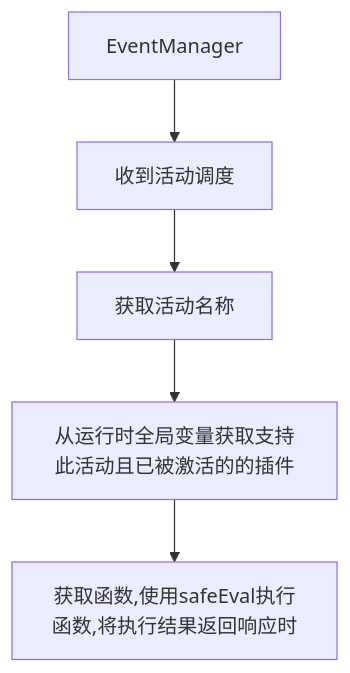
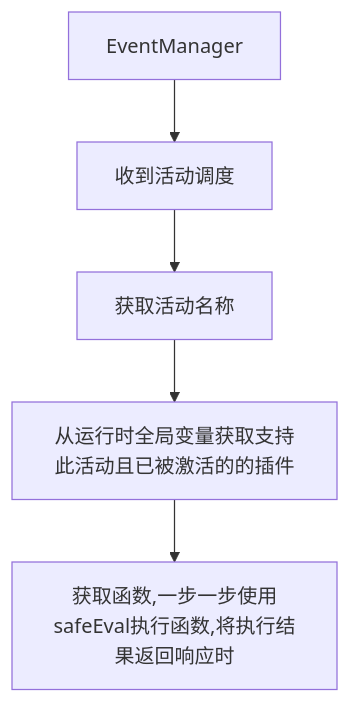
Before and after one commit to mogland/rfcs: the second of 2 diagrams in active-rfcs/0001-plugin-ststem.md, drawn with Mermaid. The commit also changed other lines of this file, not shown here.

````diff
--- a/active-rfcs/0001-plugin-ststem.md
+++ b/active-rfcs/0001-plugin-ststem.md
@@ -163,7 +163,7 @@
 ```mermaid
 flowchart TD;
 EventManager --> 收到活动调度
 收到活动调度 --> 获取活动名称
 获取活动名称 --> 从运行时全局变量获取支持此活动且已被激活的的插件
-从运行时全局变量获取支持此活动且已被激活的的插件 --> 获取函数,使用safeEval执行函数,将执行结果返回响应时
+从运行时全局变量获取支持此活动且已被激活的的插件 --> 获取函数,一步一步使用safeEval执行函数,将执行结果返回响应时
 ```
````
